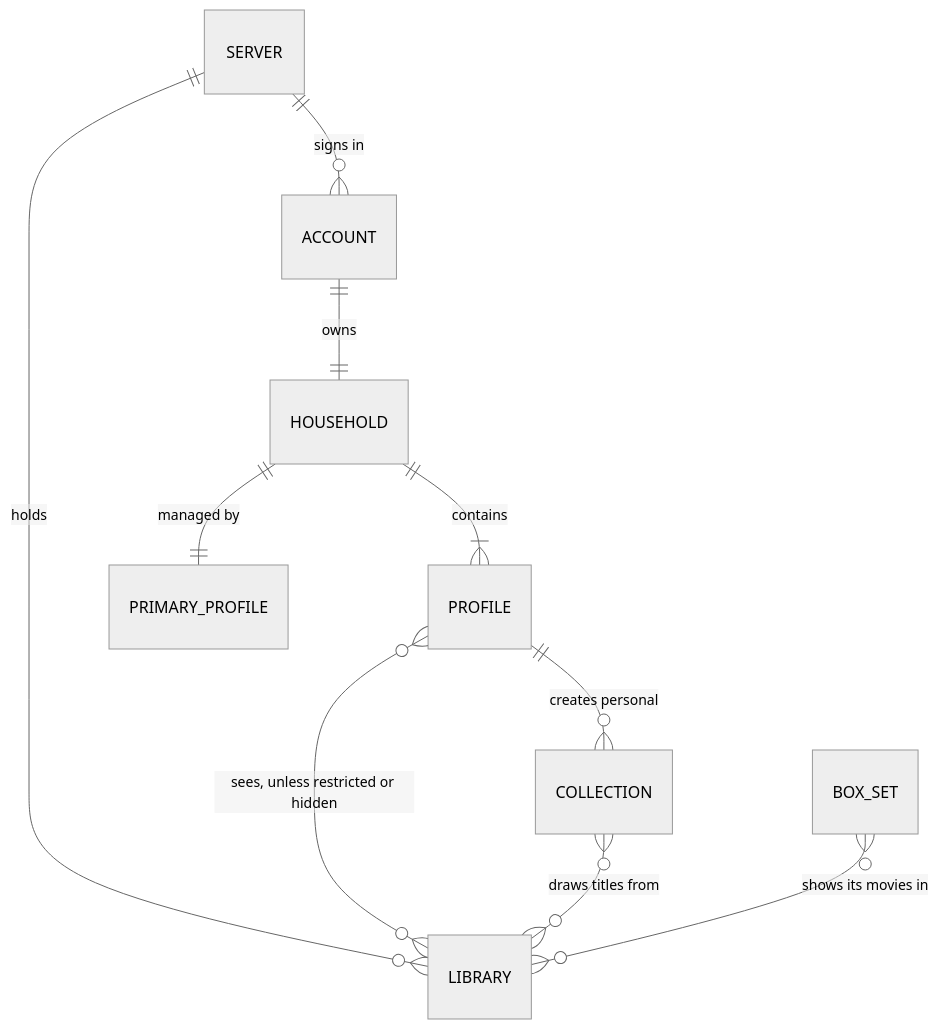
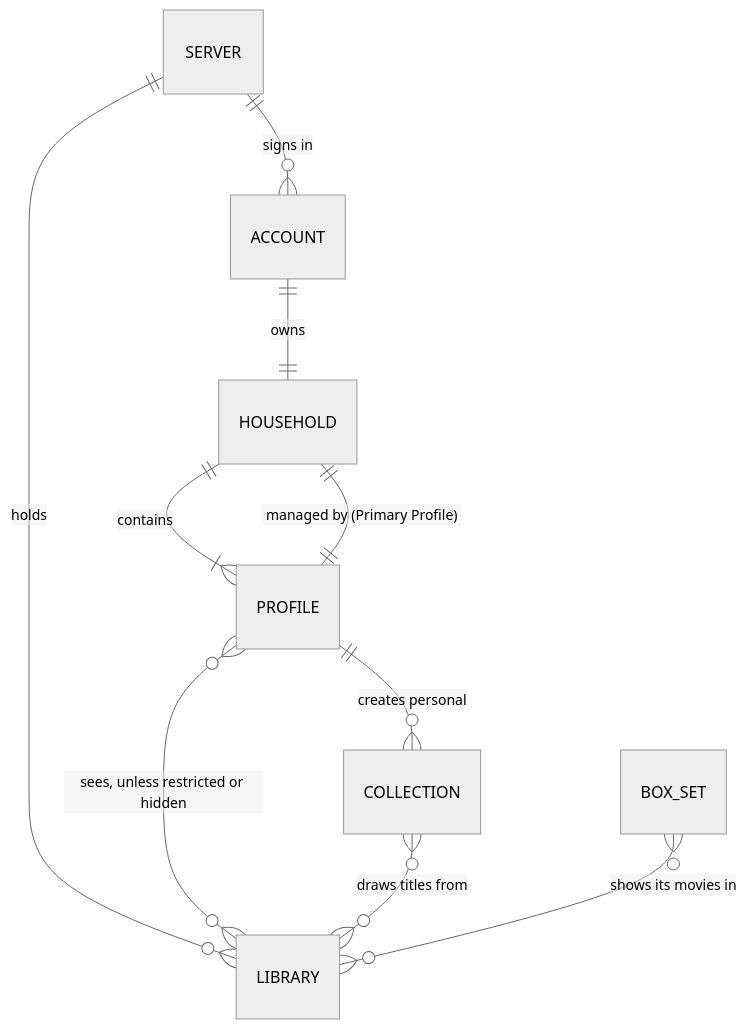
One commit to Artic0din/Auger changed the first of 2 diagrams in docs/domain-model.md. Above: the diagram before and after it, drawn with Mermaid (neutral theme). The commit also changed other lines of this file, not shown here.

Commit message:
docs(domain): clarify Primary Profile relation and On Deck sources
Link Household management directly to PROFILE in the ER diagram so
Primary Profile is shown as a role of a Household Profile rather than
a separate unlinked entity.

Clarify that On Deck's Continue Watching source includes any separate
in-progress Home row.

````diff
--- a/docs/domain-model.md
+++ b/docs/domain-model.md
@@ -8,12 +8,12 @@
 ```mermaid
 erDiagram
     SERVER ||--o{ ACCOUNT : "signs in"
     SERVER ||--o{ LIBRARY : holds
     ACCOUNT ||--|| HOUSEHOLD : owns
     HOUSEHOLD ||--|{ PROFILE : contains
-    HOUSEHOLD ||--|| PRIMARY_PROFILE : "managed by"
+    HOUSEHOLD ||--|| PROFILE : "managed by (Primary Profile)"
     PROFILE }o--o{ LIBRARY : "sees, unless restricted or hidden"
     COLLECTION }o--o{ LIBRARY : "draws titles from"
     PROFILE ||--o{ COLLECTION : "creates personal"
     BOX_SET }o--o{ LIBRARY : "shows its movies in"
 ```
````
